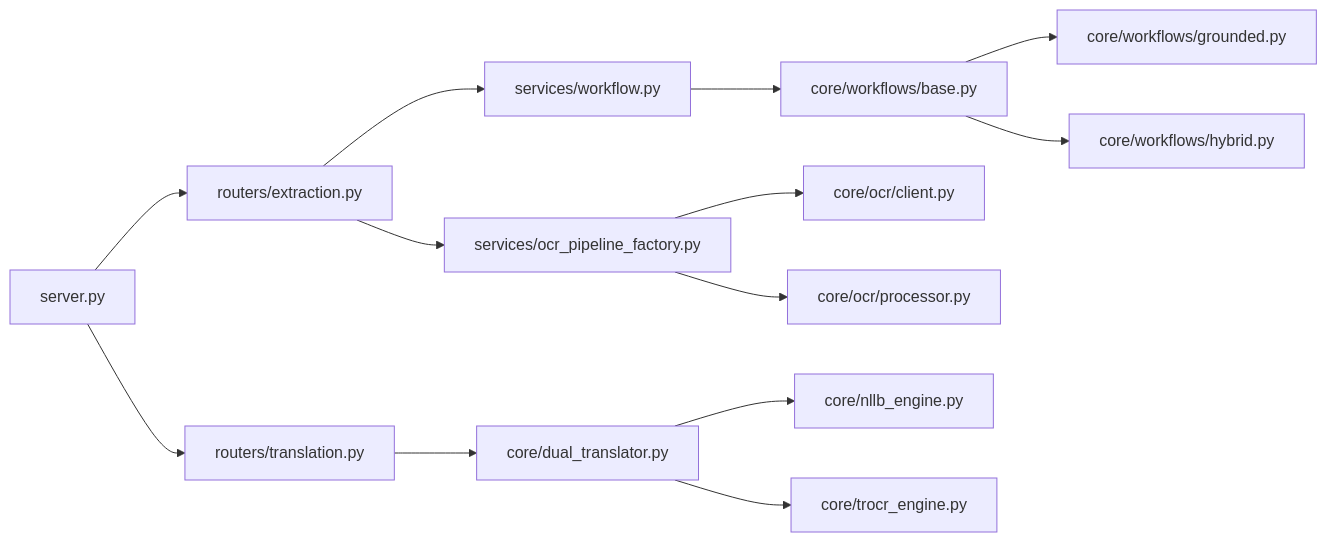
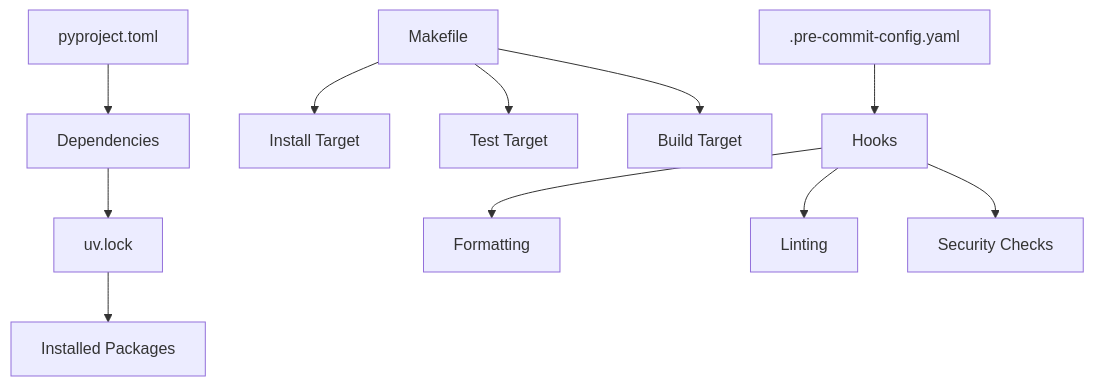
One commit to Sifr-r/LocalDeepL changed the seventh of 7 diagrams in .qoder/repowiki/en/content/Developer Guide.md. Above: the diagram before and after it, drawn with Mermaid. The commit also changed other lines of this file and 246 other files, not shown here.

````diff
--- a/.qoder/repowiki/en/content/Developer Guide.md
+++ b/.qoder/repowiki/en/content/Developer Guide.md
@@ -393,15 +250,13 @@
 ```mermaid
-graph LR
-SRV["server.py"] --> REX["routers/extraction.py"]
-SRV --> RT["routers/translation.py"]
-REX --> SVCW["services/workflow.py"]
-REX --> SVCOCR["services/ocr_pipeline_factory.py"]
-RT --> DUAL["core/dual_translator.py"]
-SVCW --> WB["core/workflows/base.py"]
-WB --> WG["core/workflows/grounded.py"]
-WB --> WH["core/workflows/hybrid.py"]
-SVCOCR --> OCRC["core/ocr/client.py"]
-SVCOCR --> OCRP["core/ocr/processor.py"]
-DUAL --> NLLB["core/nllb_engine.py"]
-DUAL --> TROCR["core/trocr_engine.py"]
+graph TB
+A["pyproject.toml"] --> B["Dependencies"]
+B --> C["uv.lock"]
+C --> D["Installed Packages"]
+E["Makefile"] --> F["Install Target"]
+E --> G["Test Target"]
+E --> H["Build Target"]
+I[".pre-commit-config.yaml"] --> J["Hooks"]
+J --> K["Formatting"]
+J --> L["Linting"]
+J --> M["Security Checks"]
 ```
````
